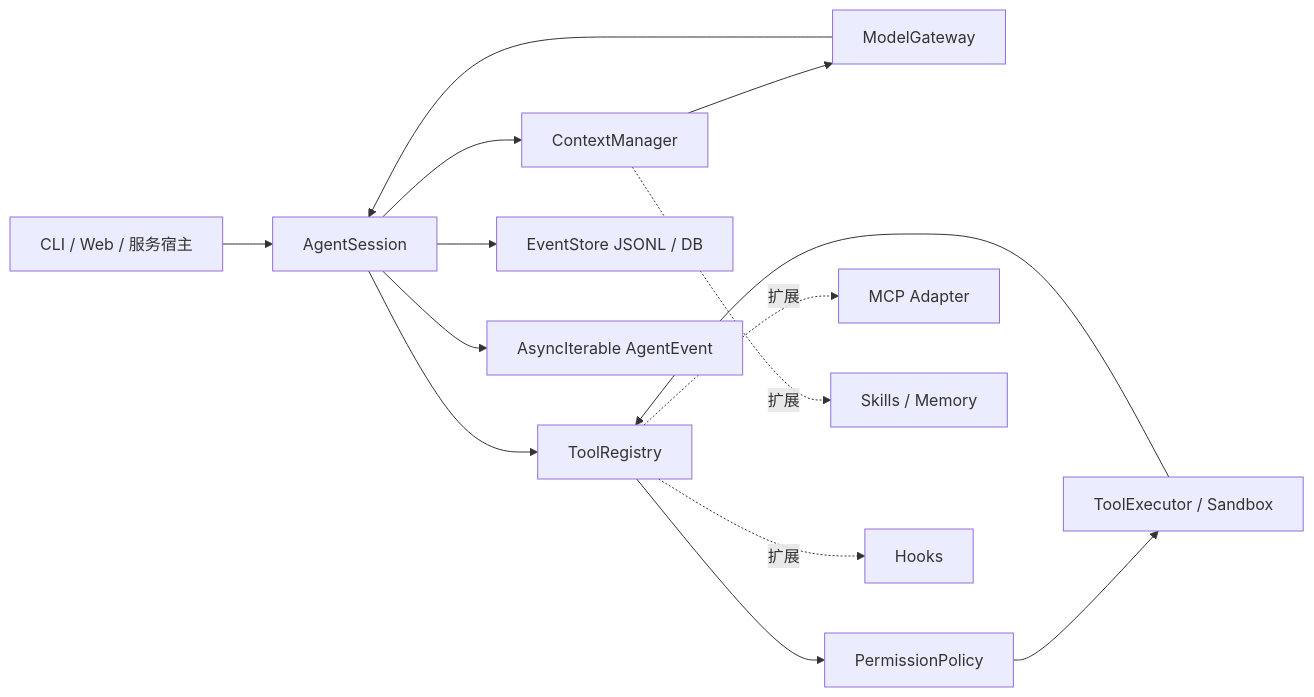
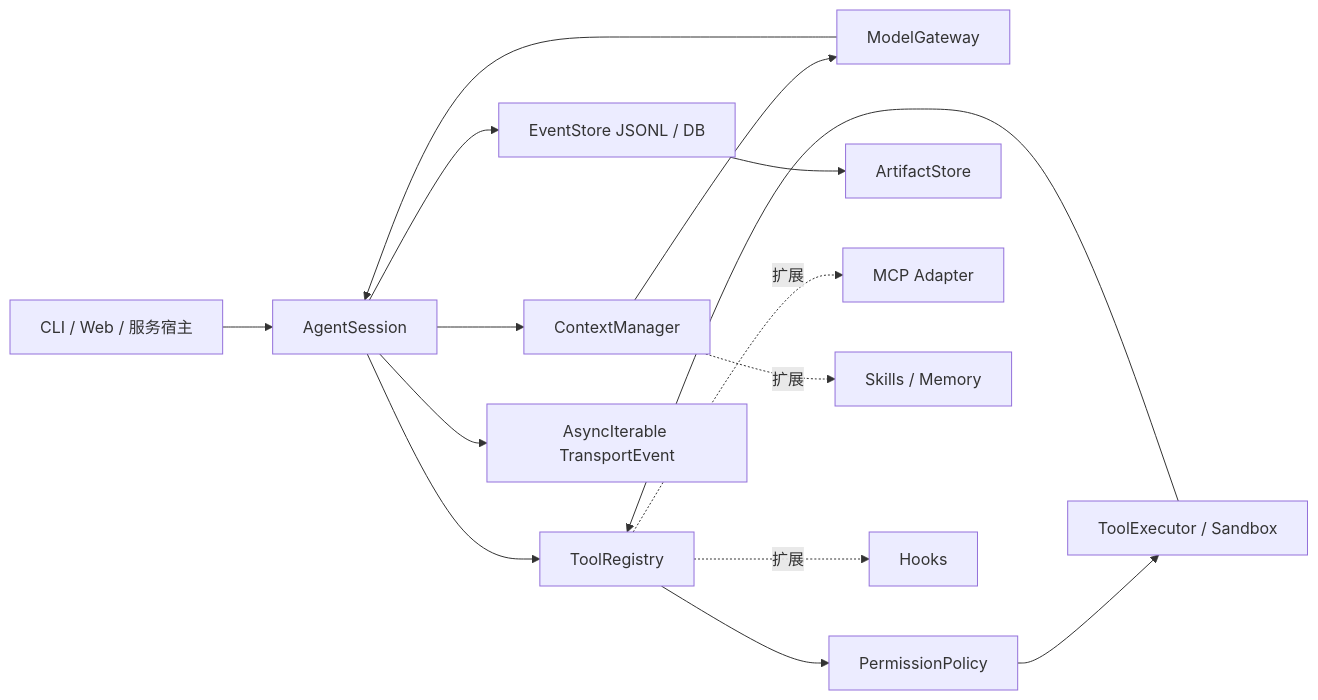
One commit to junqing258/agent-analysiz changed the diagram in docs/agent-sdk-js-development-plan.md. Above: the diagram before and after it, drawn with Mermaid. The commit also changed other lines of this file and 57 other files, not shown here.

````diff
--- a/docs/agent-sdk-js-development-plan.md
+++ b/docs/agent-sdk-js-development-plan.md
@@ -35,16 +35,17 @@
 ```mermaid
 flowchart LR
   App[CLI / Web / 服务宿主] --> Agent[AgentSession]
   Agent --> Context[ContextManager]
   Context --> Gateway[ModelGateway]
   Gateway --> Agent
   Agent --> Registry[ToolRegistry]
   Registry --> Policy[PermissionPolicy]
   Policy --> Executor[ToolExecutor / Sandbox]
   Executor --> Registry
   Agent --> Store[EventStore JSONL / DB]
-  Agent --> Events[AsyncIterable AgentEvent]
+  Store --> Artifacts[ArtifactStore]
+  Agent --> Events[AsyncIterable TransportEvent]
   Registry -.扩展.-> MCP[MCP Adapter]
   Context -.扩展.-> Skills[Skills / Memory]
   Registry -.扩展.-> Hooks[Hooks]
 ```
````
